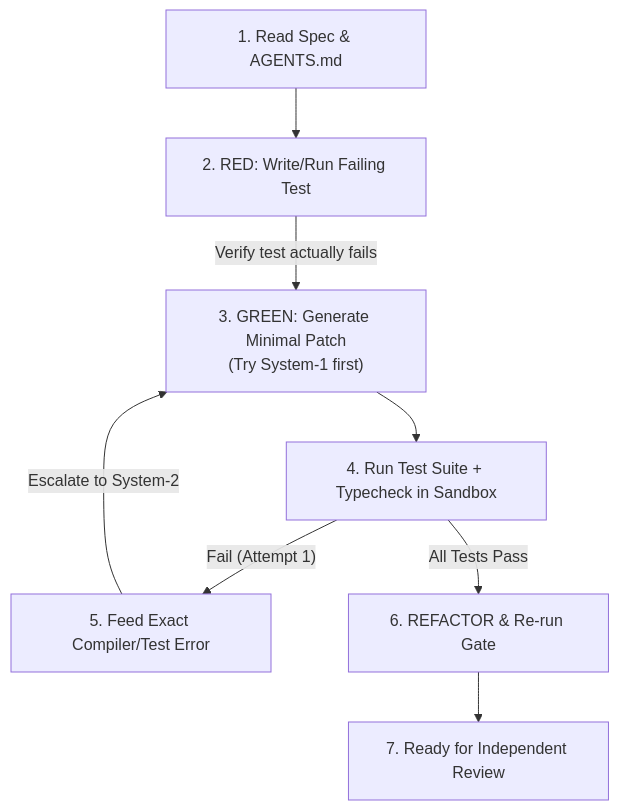
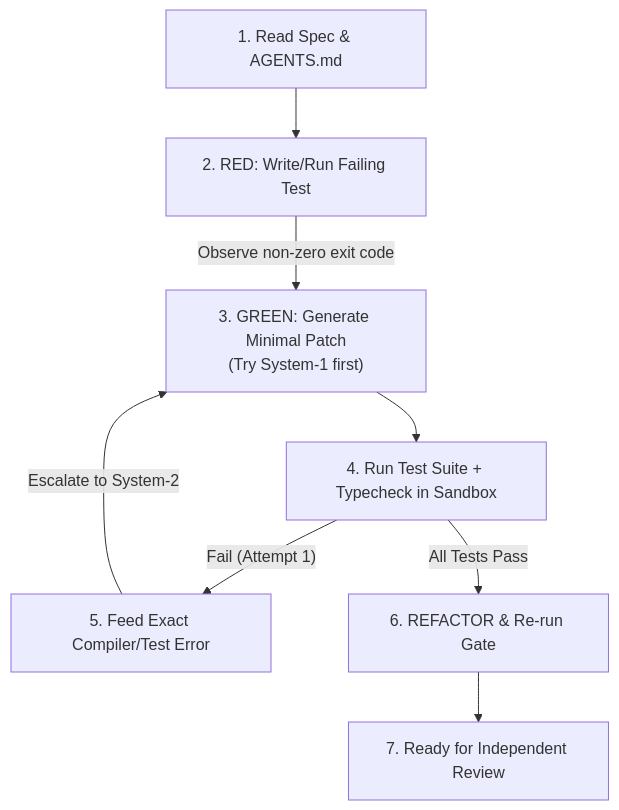
Before and after one commit to Amie-dev/FDE-and-GenAI-Mastery: the first of 2 diagrams in Lecture 08 - Model Routing and Harness Velocity/notes/06_Spec_Driven_and_Test_Driven_Agent_Velocity.md, drawn with Mermaid. The commit also changed other lines of this file and 92 other files, not shown here.

````diff
--- a/Lecture 08 - Model Routing and Harness Velocity/notes/06_Spec_Driven_and_Test_Driven_Agent_Velocity.md
+++ b/Lecture 08 - Model Routing and Harness Velocity/notes/06_Spec_Driven_and_Test_Driven_Agent_Velocity.md
@@ -46,10 +47,10 @@
 ```mermaid
 flowchart TD
     Spec["1. Read Spec & AGENTS.md"] --> Red["2. RED: Write/Run Failing Test"]
-    Red -->|"Verify test actually fails"| Gen["3. GREEN: Generate Minimal Patch<br/>(Try System-1 first)"]
+    Red -->|"Observe non-zero exit code"| Gen["3. GREEN: Generate Minimal Patch<br/>(Try System-1 first)"]
     Gen --> Run["4. Run Test Suite + Typecheck in Sandbox"]
     Run -->|"Fail (Attempt 1)"| Err["5. Feed Exact Compiler/Test Error"]
     Err -->|"Escalate to System-2"| Gen
     Run -->|"All Tests Pass"| Refactor["6. REFACTOR & Re-run Gate"]
     Refactor --> Done["7. Ready for Independent Review"]
 ```
````
